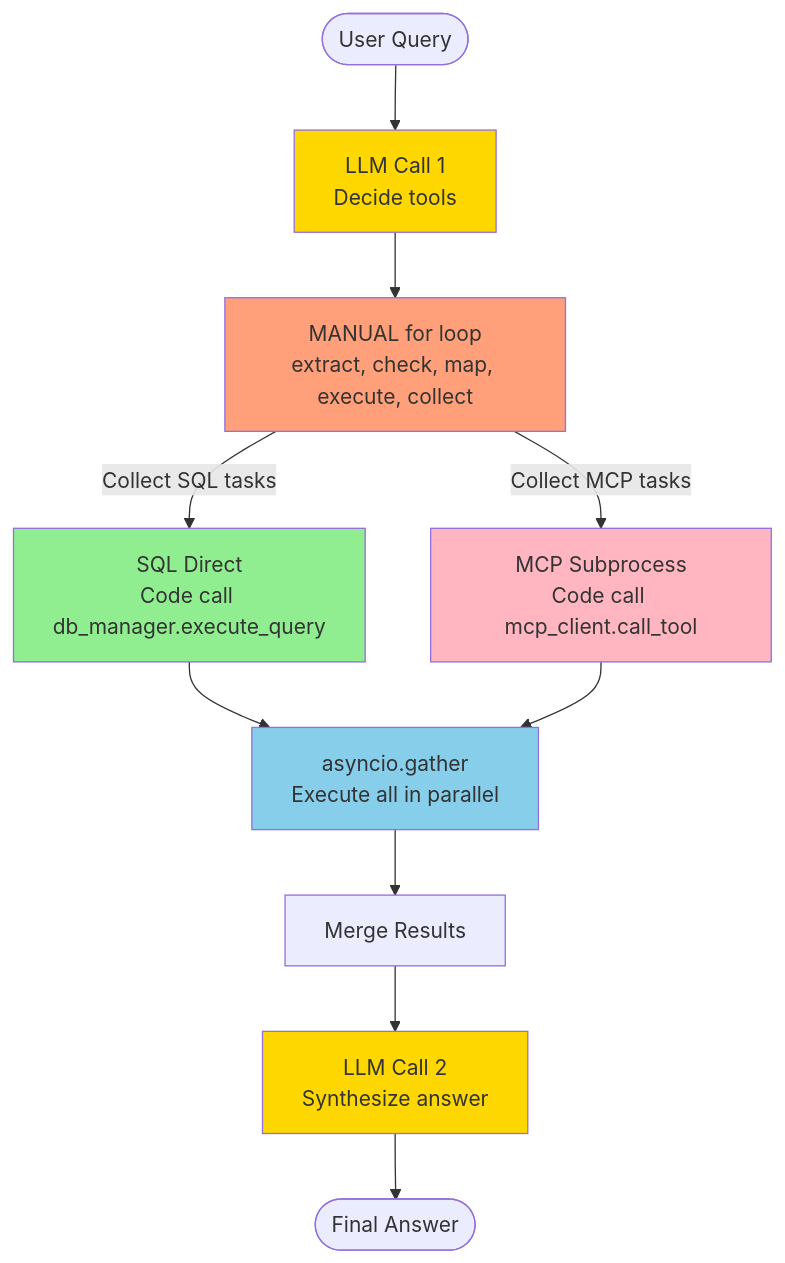
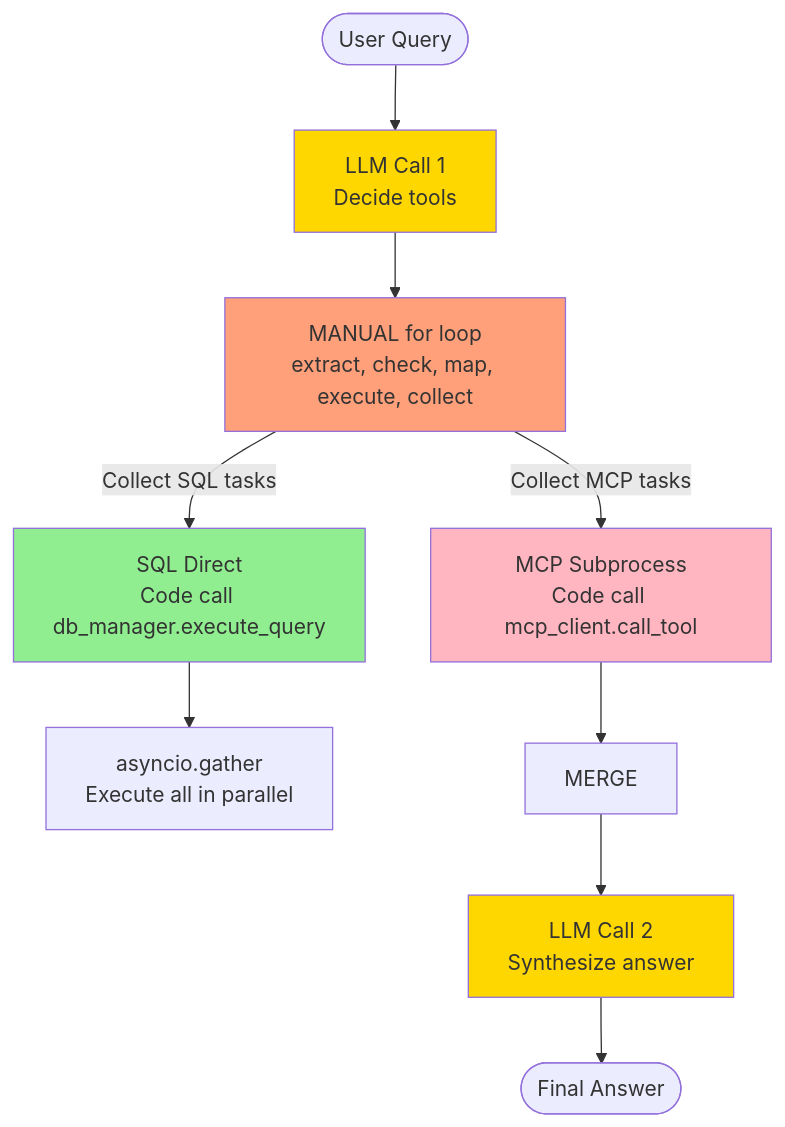
One commit to Yuhsuant1994/DataScienKnowledge changed the fourth of 6 diagrams in AgenticAI/simple_chatbot_mcp_langgraph/readme.md. Above: the diagram before and after it, drawn with Mermaid.

````diff
--- a/AgenticAI/simple_chatbot_mcp_langgraph/readme.md
+++ b/AgenticAI/simple_chatbot_mcp_langgraph/readme.md
@@ -77,23 +77,20 @@
 ```mermaid
 graph TD
     START([User Query]) --> LLM1[LLM Call 1<br/>Decide tools]
     LLM1 --> MANUAL[MANUAL for loop<br/>extract, check, map, execute, collect]
 
     MANUAL -->|Collect SQL tasks| SQL[SQL Direct<br/>Code call db_manager.execute_query]
     MANUAL -->|Collect MCP tasks| MCP[MCP Subprocess<br/>Code call mcp_client.call_tool]
 
     SQL --> PARALLEL[asyncio.gather<br/>Execute all in parallel]
-    MCP --> PARALLEL
-
-    PARALLEL --> MERGE[Merge Results]
+    MCP --> MERGE
 
     MERGE --> LLM2[LLM Call 2<br/>Synthesize answer]
     LLM2 --> END([Final Answer])
 
     style LLM1 fill:#FFD700
     style LLM2 fill:#FFD700
     style MANUAL fill:#FFA07A
-    style PARALLEL fill:#87CEEB
     style SQL fill:#90EE90
     style MCP fill:#FFB6C1
 ```
````
